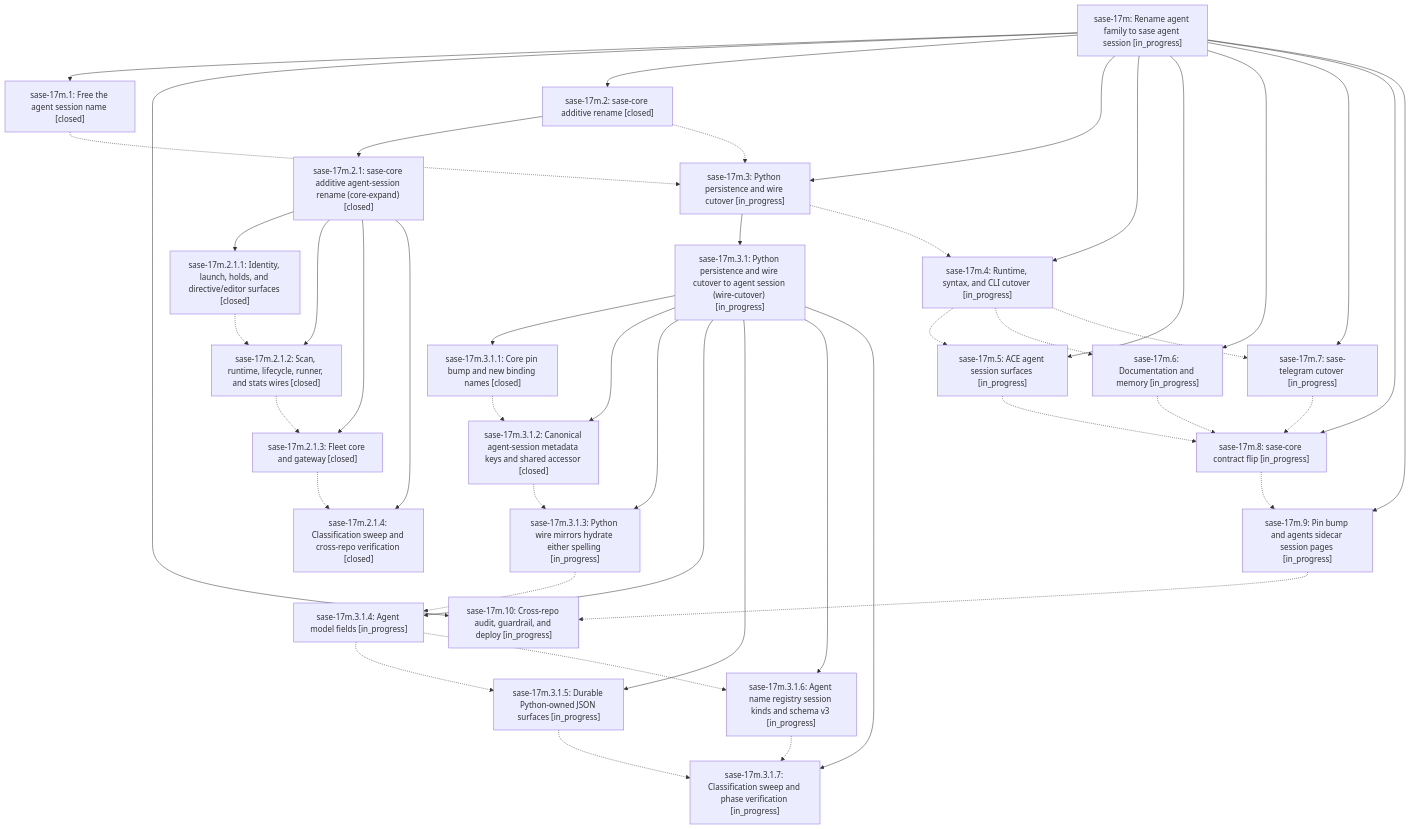
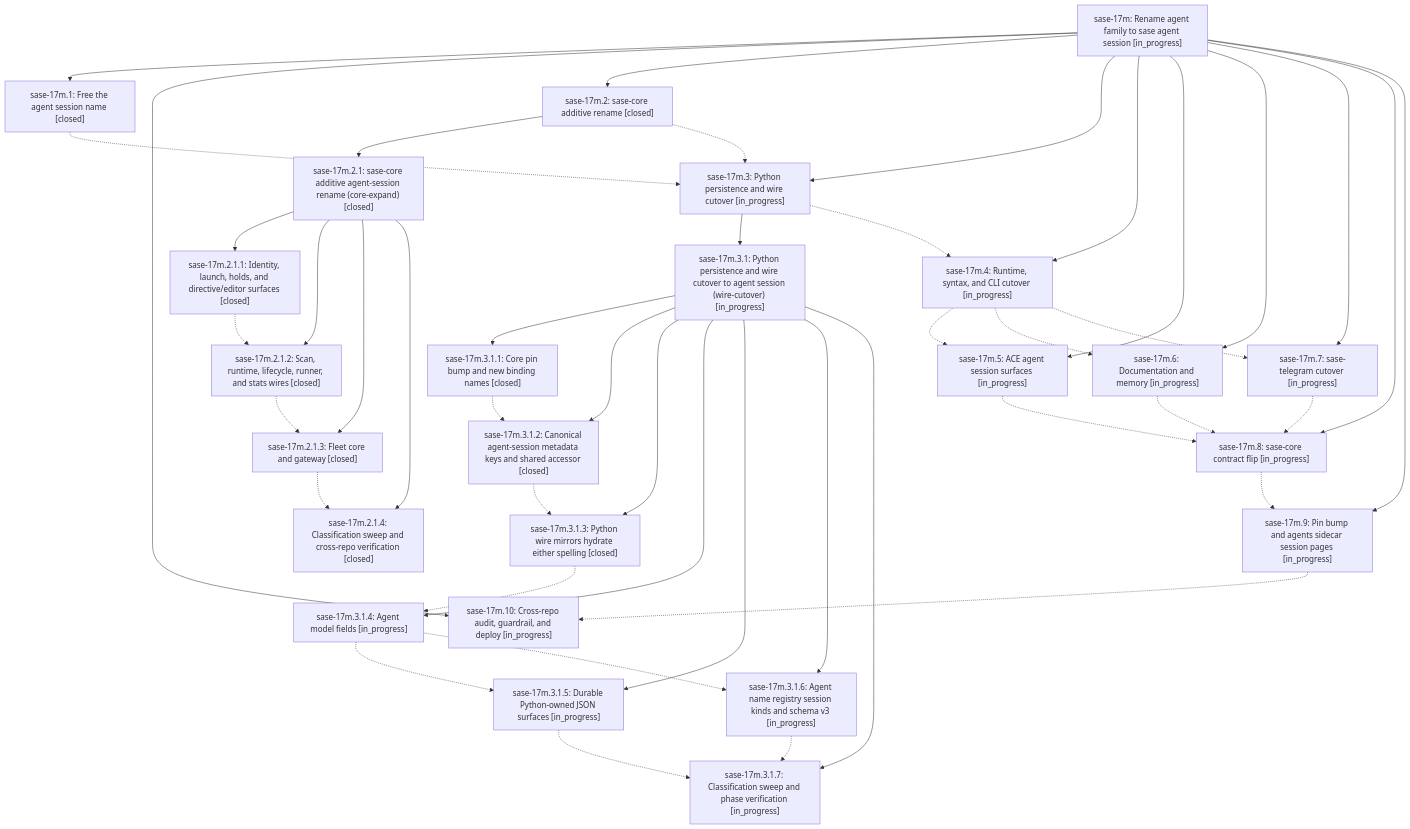
The diagram in pages/sase-17m/README.md (sase-org/sase--beads), drawn with Mermaid before and after one commit. The commit also changed other lines of this file and 3 other files, not shown here.

````diff
--- a/pages/sase-17m/README.md
+++ b/pages/sase-17m/README.md
@@ -31,71 +31,71 @@
 ```mermaid
 flowchart TD
     n0["sase-17m: Rename agent family to sase agent session [in_progress]"]
     n1["sase-17m.1: Free the agent session name [closed]"]
     n2["sase-17m.10: Cross-repo audit, guardrail, and deploy [in_progress]"]
     n3["sase-17m.2: sase-core additive rename [closed]"]
     n4["sase-17m.2.1: sase-core additive agent-session rename (core-expand) [closed]"]
     n5["sase-17m.2.1.1: Identity, launch, holds, and directive/editor surfaces [closed]"]
     n6["sase-17m.2.1.2: Scan, runtime, lifecycle, runner, and stats wires [closed]"]
     n7["sase-17m.2.1.3: Fleet core and gateway [closed]"]
     n8["sase-17m.2.1.4: Classification sweep and cross-repo verification [closed]"]
     n9["sase-17m.3: Python persistence and wire cutover [in_progress]"]
     n10["sase-17m.3.1: Python persistence and wire cutover to agent session (wire-cutover) [in_progress]"]
     n11["sase-17m.3.1.1: Core pin bump and new binding names [closed]"]
     n12["sase-17m.3.1.2: Canonical agent-session metadata keys and shared accessor [closed]"]
-    n13["sase-17m.3.1.3: Python wire mirrors hydrate either spelling [in_progress]"]
+    n13["sase-17m.3.1.3: Python wire mirrors hydrate either spelling [closed]"]
     n14["sase-17m.3.1.4: Agent model fields [in_progress]"]
     n15["sase-17m.3.1.5: Durable Python-owned JSON surfaces [in_progress]"]
     n16["sase-17m.3.1.6: Agent name registry session kinds and schema v3 [in_progress]"]
     n17["sase-17m.3.1.7: Classification sweep and phase verification [in_progress]"]
     n18["sase-17m.4: Runtime, syntax, and CLI cutover [in_progress]"]
     n19["sase-17m.5: ACE agent session surfaces [in_progress]"]
     n20["sase-17m.6: Documentation and memory [in_progress]"]
     n21["sase-17m.7: sase-telegram cutover [in_progress]"]
     n22["sase-17m.8: sase-core contract flip [in_progress]"]
     n23["sase-17m.9: Pin bump and agents sidecar session pages [in_progress]"]
     n0 --> n1
     n0 --> n2
     n0 --> n3
     n3 --> n4
     n4 --> n5
     n4 --> n6
     n4 --> n7
     n4 --> n8
     n0 --> n9
     n9 --> n10
     n10 --> n11
     n10 --> n12
     n10 --> n13
     n10 --> n14
     n10 --> n15
     n10 --> n16
     n10 --> n17
     n0 --> n18
     n0 --> n19
     n0 --> n20
     n0 --> n21
     n0 --> n22
     n0 --> n23
     n1 -.-> n9
     n3 -.-> n9
     n5 -.-> n6
     n6 -.-> n7
     n7 -.-> n8
     n9 -.-> n18
     n11 -.-> n12
     n12 -.-> n13
     n13 -.-> n14
     n14 -.-> n15
     n14 -.-> n16
     n15 -.-> n17
     n16 -.-> n17
     n18 -.-> n19
     n18 -.-> n20
     n18 -.-> n21
     n19 -.-> n22
     n20 -.-> n22
     n21 -.-> n22
     n22 -.-> n23
     n23 -.-> n2
 ```
````
